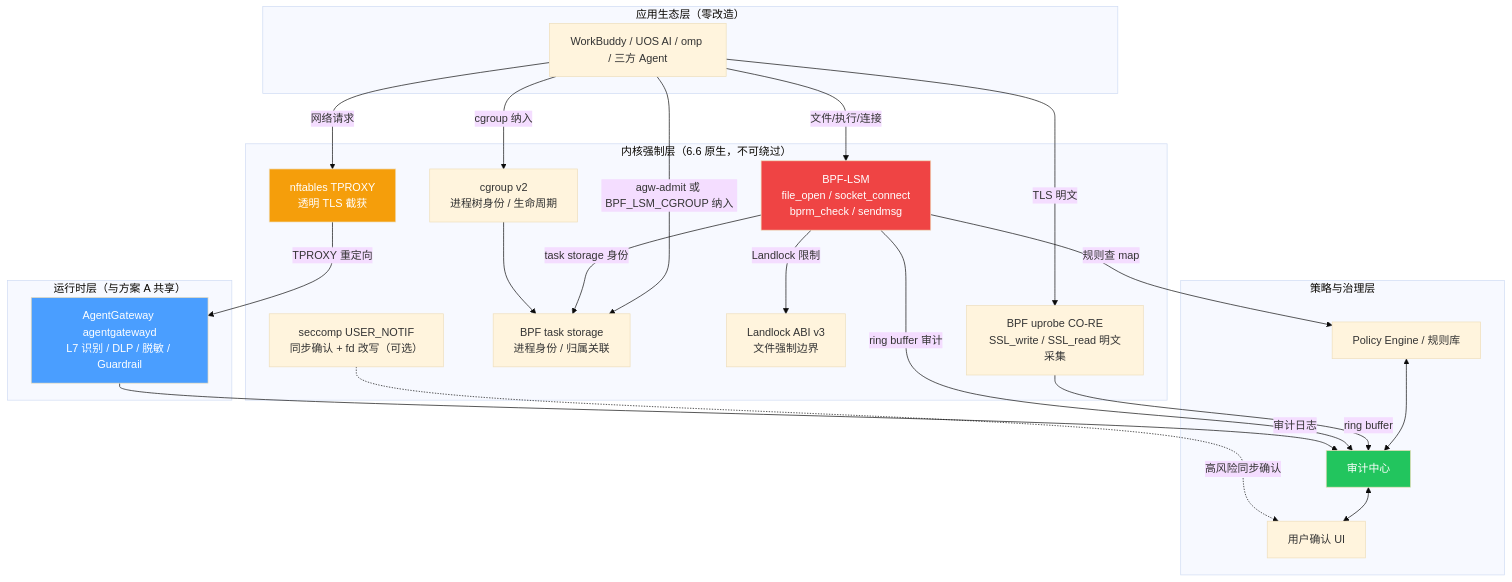
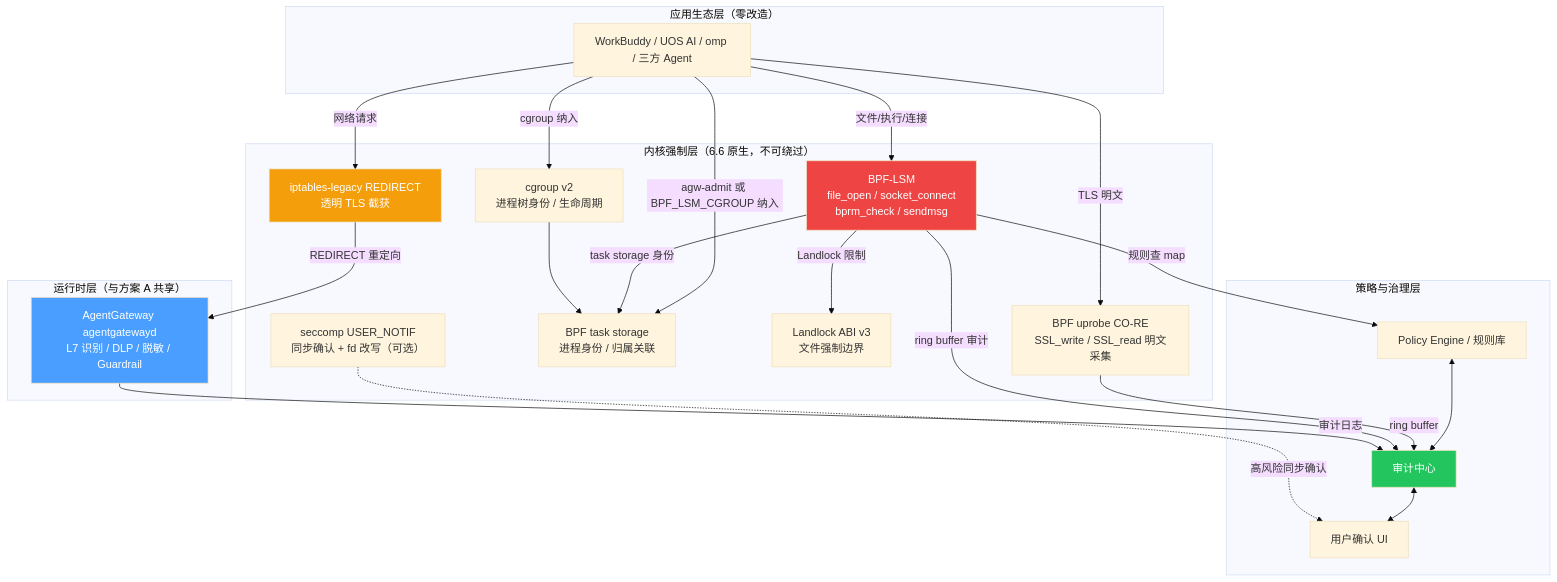
One commit to eric2023/agentgateway changed the first of 4 diagrams in specs/方案B_BPF-LSM内核级管控_6.6内核.md. Above: the diagram before and after it, drawn with Mermaid (base theme). The commit also changed other lines of this file and 8 other files, not shown here.

````diff
--- a/specs/方案B_BPF-LSM内核级管控_6.6内核.md
+++ b/specs/方案B_BPF-LSM内核级管控_6.6内核.md
@@ -18,48 +18,48 @@
 ```mermaid
 graph TB
     subgraph 应用层["应用生态层（零改造）"]
         App["WorkBuddy / UOS AI / omp / 三方 Agent"]
     end
 
     subgraph 策略层["策略与治理层"]
         Policy["Policy Engine / 规则库"]
         AuditCenter["审计中心"]
         UserUI["用户确认 UI"]
         Policy <--> AuditCenter
         AuditCenter <--> UserUI
     end
 
     subgraph 运行时层["运行时层（与方案 A 共享）"]
         GW["AgentGateway agentgatewayd<br/>L7 识别 / DLP / 脱敏 / Guardrail"]
     end
 
     subgraph 内核层["内核强制层（6.6 原生，不可绕过）"]
         BPFLSM["BPF-LSM<br/>file_open / socket_connect<br/>bprm_check / sendmsg"]
         BPFUprobe["BPF uprobe CO-RE<br/>SSL_write / SSL_read 明文采集"]
         TaskStorage["BPF task storage<br/>进程身份 / 归属关联"]
         Landlock["Landlock ABI v3<br/>文件强制边界"]
         Seccomp["seccomp USER_NOTIF<br/>同步确认 + fd 改写（可选）"]
-        Nft["nftables TPROXY<br/>透明 TLS 截获"]
+        Nft["iptables-legacy REDIRECT<br/>透明 TLS 截获"]
         Cgroup["cgroup v2<br/>进程树身份 / 生命周期"]
     end
 
     App -->|"agw-admit 或 BPF_LSM_CGROUP 纳入"| TaskStorage
     App -->|"网络请求"| Nft
-    Nft -->|"TPROXY 重定向"| GW
+    Nft -->|"REDIRECT 重定向"| GW
     App -->|"TLS 明文"| BPFUprobe
     BPFUprobe -->|"ring buffer"| AuditCenter
     App -->|"文件/执行/连接"| BPFLSM
     BPFLSM -->|"规则查 map"| Policy
     BPFLSM -->|"ring buffer 审计"| AuditCenter
     BPFLSM -->|"Landlock 限制"| Landlock
     BPFLSM -->|"task storage 身份"| TaskStorage
     App -->|"cgroup 纳入"| Cgroup
     Cgroup --> TaskStorage
     GW -->|"审计日志"| AuditCenter
     Seccomp -.->|"高风险同步确认"| UserUI
 
     style BPFLSM fill:#ef4444,color:#fff
     style GW fill:#4a9eff,color:#fff
     style AuditCenter fill:#22c55e,color:#fff
     style Nft fill:#f59e0b,color:#fff
 ```
````
